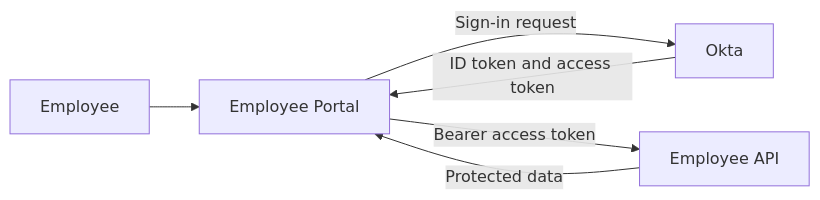
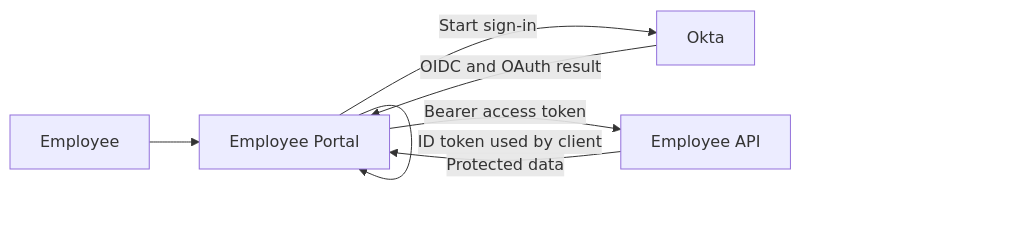
Before and after one commit to TedxHarry/OAuth-OIDC: the first of 2 diagrams in lessons/day-01-core-logic-and-architecture.md, drawn with Mermaid. The commit also changed other lines of this file, not shown here.

````diff
--- a/lessons/day-01-core-logic-and-architecture.md
+++ b/lessons/day-01-core-logic-and-architecture.md
@@ -35,8 +244,9 @@
 ```mermaid
 flowchart LR
     U[Employee] --> C[Employee Portal]
-    C -->|Sign-in request| O[Okta]
-    O -->|ID token and access token| C
+    C -->|Start sign-in| O[Okta]
+    O -->|OIDC and OAuth result| C
+    C -->|ID token used by client| C
     C -->|Bearer access token| A[Employee API]
     A -->|Protected data| C
 ```
````
